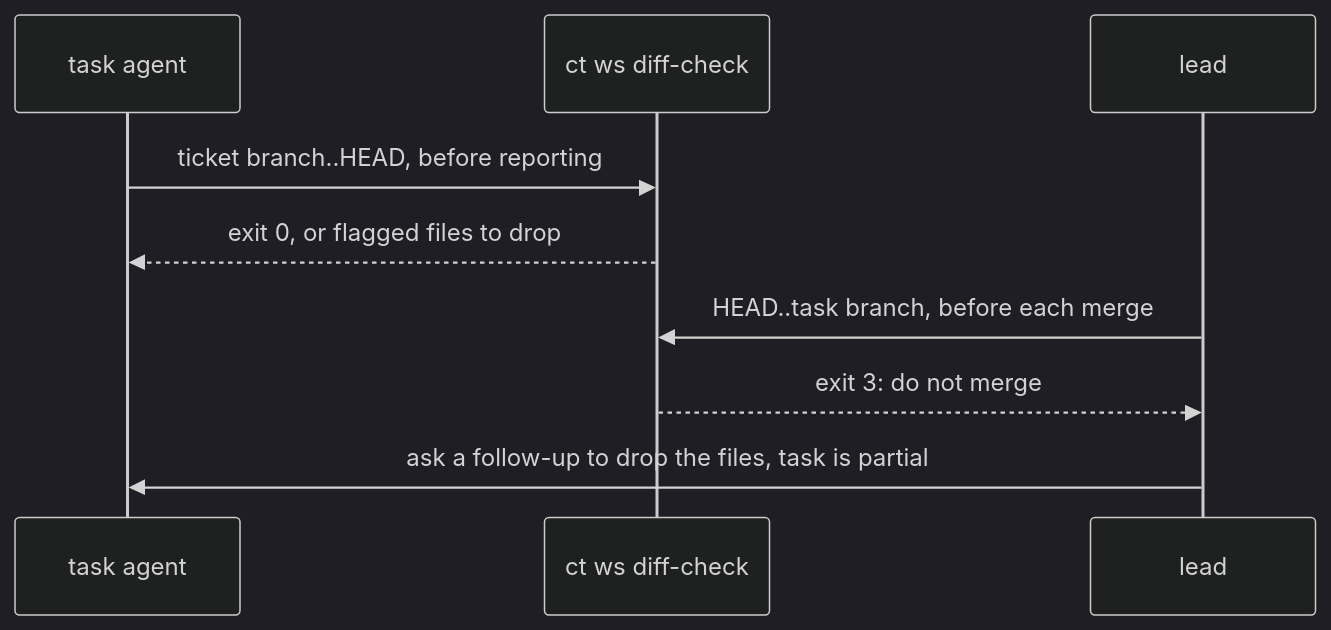
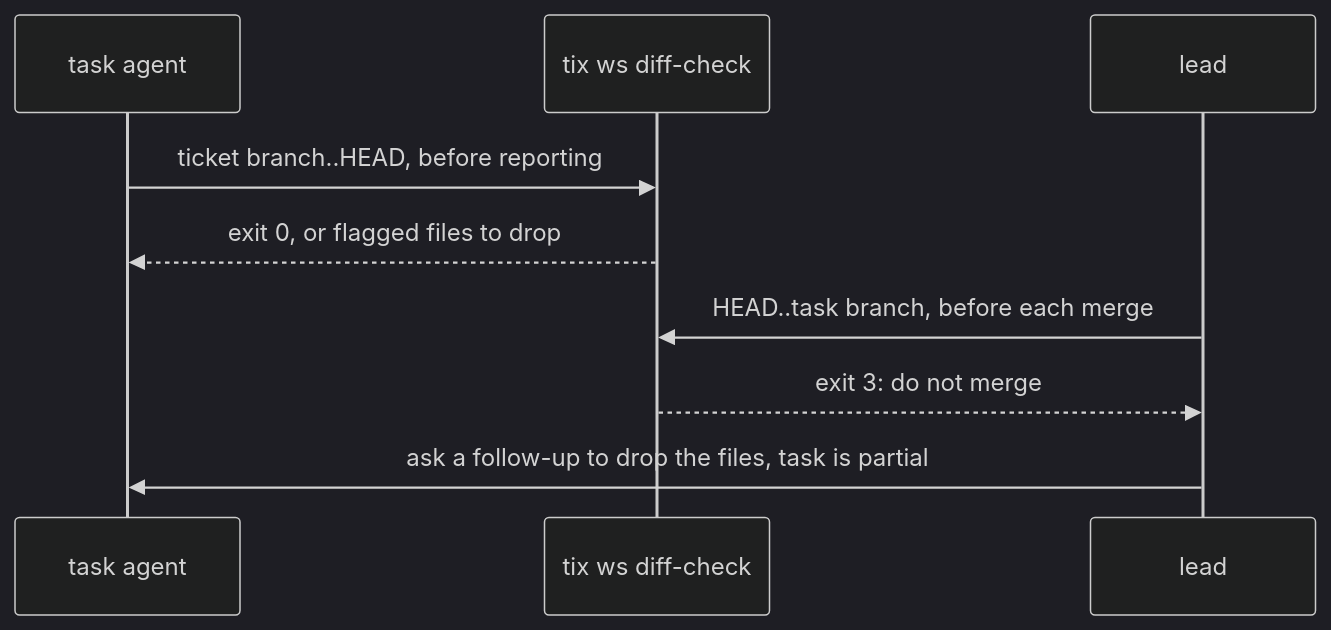
One commit to zero4573/claude-tickets changed the second of 2 diagrams in docs/ticket-workflow.md. Above: the diagram before and after it, drawn with Mermaid (dark theme). The commit also changed other lines of this file and 361 other files, not shown here.

````diff
--- a/docs/ticket-workflow.md
+++ b/docs/ticket-workflow.md
@@ -110,11 +110,11 @@
 ```mermaid
 sequenceDiagram
   participant T as task agent
-  participant C as ct ws diff-check
+  participant C as tix ws diff-check
   participant L as lead
   T->>C: ticket branch..HEAD, before reporting
   C-->>T: exit 0, or flagged files to drop
   L->>C: HEAD..task branch, before each merge
   C-->>L: exit 3: do not merge
   L->>T: ask a follow-up to drop the files, task is partial
 ```
````
